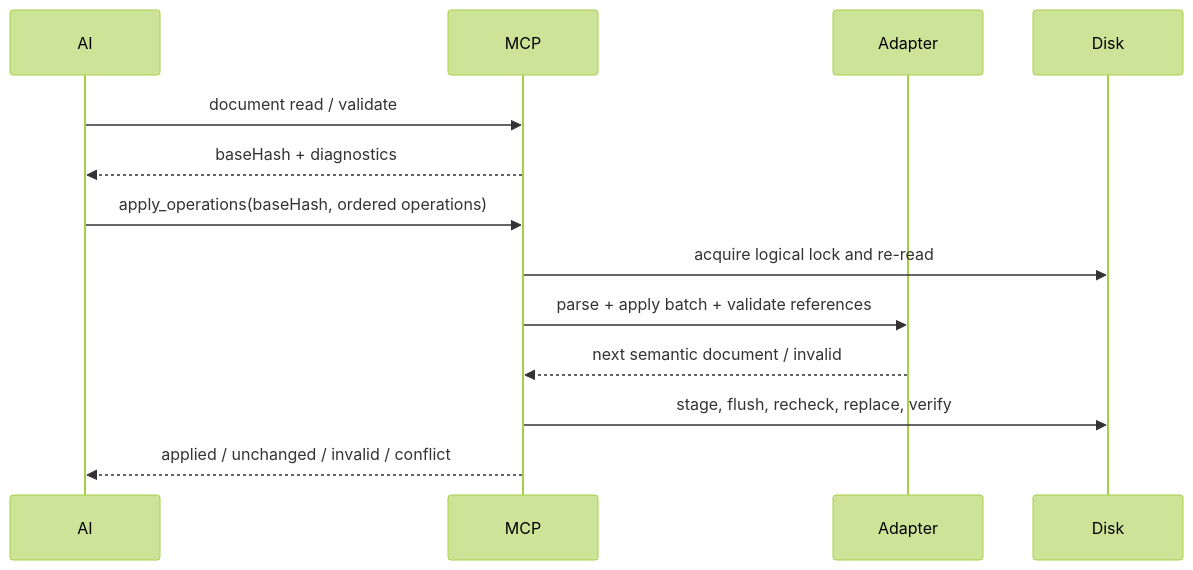
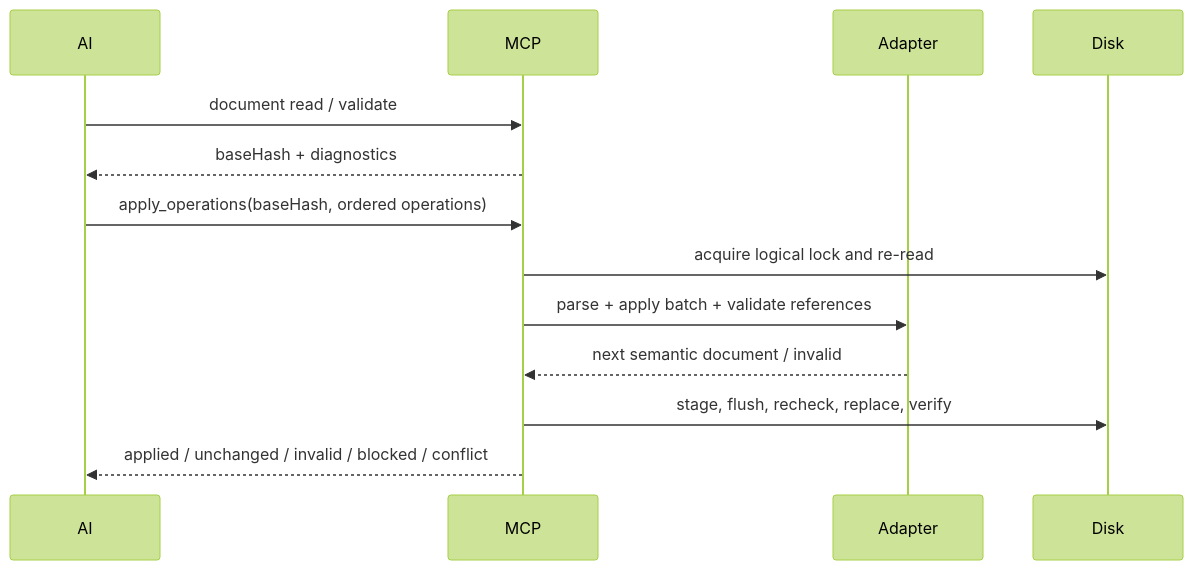
Before and after one commit to zh880517/VisualBridge: the second of 3 diagrams in Doc/VisualBridgeMcp.md, drawn with Mermaid (forest theme). The commit also changed other lines of this file and 78 other files, not shown here.

````diff
--- a/Doc/VisualBridgeMcp.md
+++ b/Doc/VisualBridgeMcp.md
@@ -270,15 +431,15 @@
 ```mermaid
 sequenceDiagram
   participant AI
   participant MCP
   participant Adapter
   participant Disk
   AI->>MCP: document read / validate
   MCP-->>AI: baseHash + diagnostics
   AI->>MCP: apply_operations(baseHash, ordered operations)
   MCP->>Disk: acquire logical lock and re-read
   MCP->>Adapter: parse + apply batch + validate references
   Adapter-->>MCP: next semantic document / invalid
   MCP->>Disk: stage, flush, recheck, replace, verify
-  MCP-->>AI: applied / unchanged / invalid / conflict
+  MCP-->>AI: applied / unchanged / invalid / blocked / conflict
 ```
````
